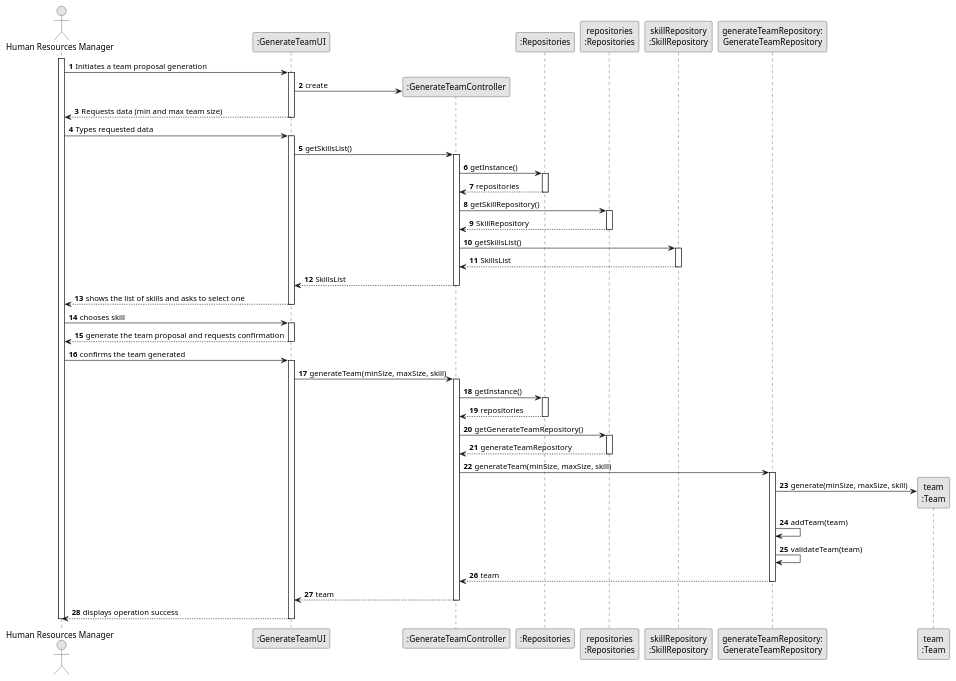
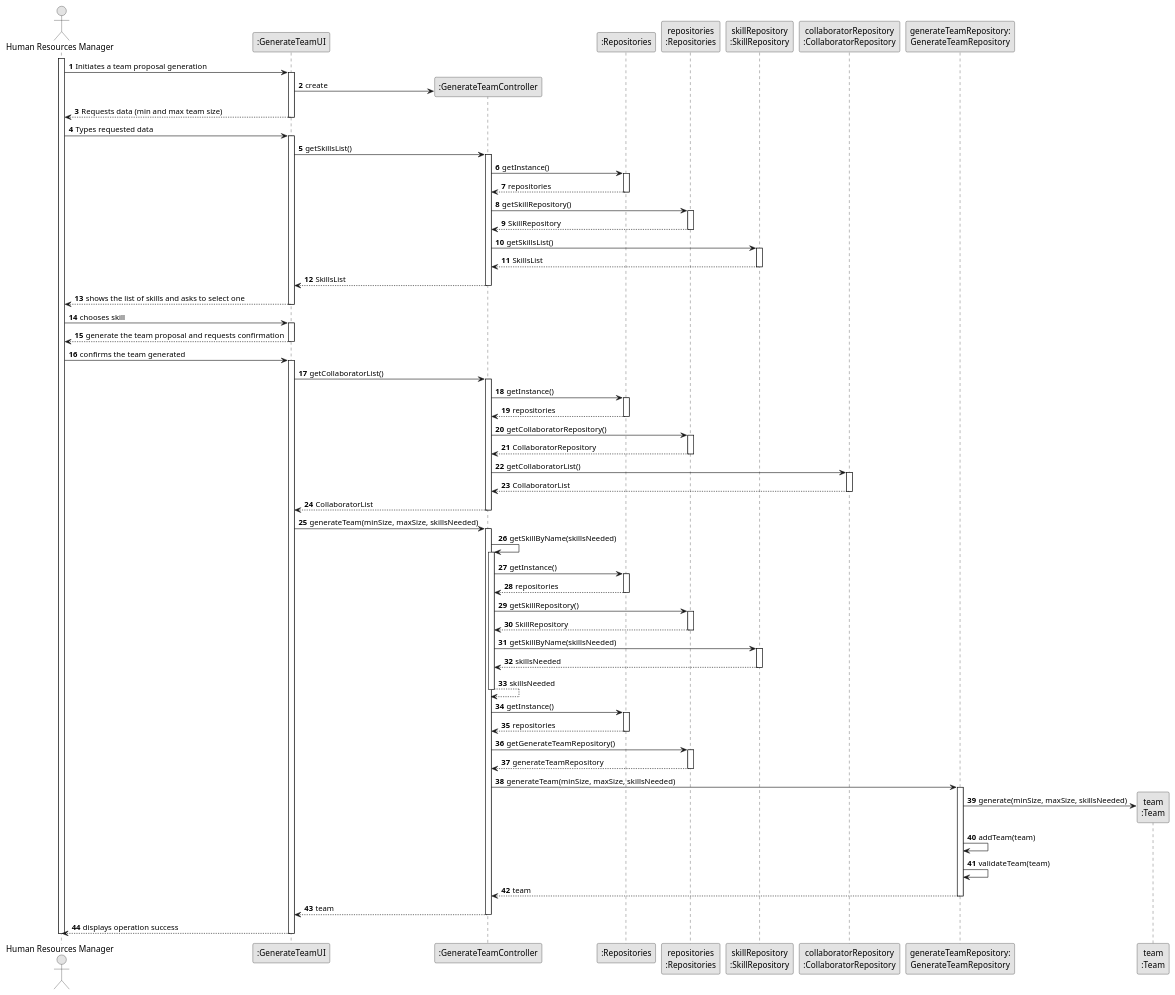
One commit to daniel41silva05/ISEP_2023_2024_LAPR2 changed the diagram in docs/sprintA&B/us005/03.design/puml/us005-sequence-diagram-full.puml. Above: the diagram before and after it, drawn with PlantUML. The commit also changed 9 other files, not shown here.

```diff
--- a/docs/sprintA&B/us005/03.design/puml/us005-sequence-diagram-full.puml
+++ b/docs/sprintA&B/us005/03.design/puml/us005-sequence-diagram-full.puml
@@ -1,103 +1,152 @@
 @startuml
 skinparam monochrome true
 skinparam packageStyle rectangle
 skinparam shadowing false
 
 autonumber
 
 'hide footbox
 actor "Human Resources Manager" as HRM
 participant ":GenerateTeamUI" as UI
 participant ":GenerateTeamController" as CTRL
 participant ":Repositories" as REP
 participant "repositories\n:Repositories" as REPS
 participant "skillRepository\n:SkillRepository" as SREP
+participant "collaboratorRepository\n:CollaboratorRepository" as CREP
 participant "generateTeamRepository:\nGenerateTeamRepository" as GTREP
 participant "team\n:Team" as T
 
 
 activate HRM
 
     HRM -> UI : Initiates a team proposal generation
     activate UI
 
         UI -> CTRL** : create
 
     UI --> HRM : Requests data (min and max team size)
     deactivate UI
 
     HRM -> UI : Types requested data
     activate UI
 
         UI -> CTRL : getSkillsList()
         activate CTRL
 
             CTRL -> REP : getInstance()
             activate REP
 
             REP --> CTRL: repositories
             deactivate REP
 
             CTRL -> REPS : getSkillRepository()
             activate REPS
 
             REPS --> CTRL: SkillRepository
             deactivate REPS
 
             CTRL -> SREP: getSkillsList()
             activate SREP
 
             SREP --> CTRL : SkillsList
             deactivate SREP
 
             CTRL --> UI : SkillsList
             deactivate CTRL
 
     UI --> HRM : shows the list of skills and asks to select one
     deactivate UI
 
     HRM -> UI : chooses skill
     activate UI
 
     UI --> HRM : generate the team proposal and requests confirmation
     deactivate UI
 
     HRM -> UI : confirms the team generated
     activate UI
 
-        UI -> CTRL: generateTeam(minSize, maxSize, skill)
+         UI -> CTRL : getCollaboratorList()
+                activate CTRL
+
+                    CTRL -> REP : getInstance()
+                    activate REP
+
+                    REP --> CTRL: repositories
+                    deactivate REP
+
+                    CTRL -> REPS : getCollaboratorRepository()
+                    activate REPS
+
+                    REPS --> CTRL: CollaboratorRepository
+                    deactivate REPS
+
+                    CTRL -> CREP: getCollaboratorList()
+                    activate CREP
+
+                    CREP --> CTRL : CollaboratorList
+                    deactivate CREP
+
+                    CTRL --> UI : CollaboratorList
+                    deactivate CTRL
+
+        UI -> CTRL: generateTeam(minSize, maxSize, skillsNeeded)
         activate CTRL
+
+            CTRL -> CTRL: getSkillByName(skillsNeeded)
+                        activate CTRL
+
+                        CTRL -> REP: getInstance()
+                        activate REP
+
+                        REP --> CTRL: repositories
+                        deactivate REP
+
+                        CTRL -> REPS: getSkillRepository()
+                        activate REPS
+
+                        REPS --> CTRL: SkillRepository
+                        deactivate REPS
+
+                        CTRL -> SREP: getSkillByName(skillsNeeded)
+                        activate SREP
+
+                        SREP --> CTRL: skillsNeeded
+                        deactivate SREP
+
+                        CTRL --> CTRL: skillsNeeded
+                        deactivate CTRL
 
             CTRL -> REP: getInstance()
             activate REP
 
             REP --> CTRL: repositories
             deactivate REP
 
             CTRL -> REPS: getGenerateTeamRepository()
             activate REPS
 
             REPS --> CTRL: generateTeamRepository
             deactivate REPS
 
-            CTRL -> GTREP: generateTeam(minSize, maxSize, skill)
+            CTRL -> GTREP: generateTeam(minSize, maxSize, skillsNeeded)
             activate GTREP
 
-                GTREP -> T** : generate(minSize, maxSize, skill)
+                GTREP -> T** : generate(minSize, maxSize, skillsNeeded)
 
                 GTREP -> GTREP: addTeam(team)
 
                 GTREP -> GTREP: validateTeam(team)
 
             GTREP --> CTRL: team
             deactivate GTREP
 
         CTRL --> UI: team
         deactivate CTRL
 
     UI --> HRM: displays operation success
     deactivate UI
 
 deactivate HRM
 
 @enduml
```
